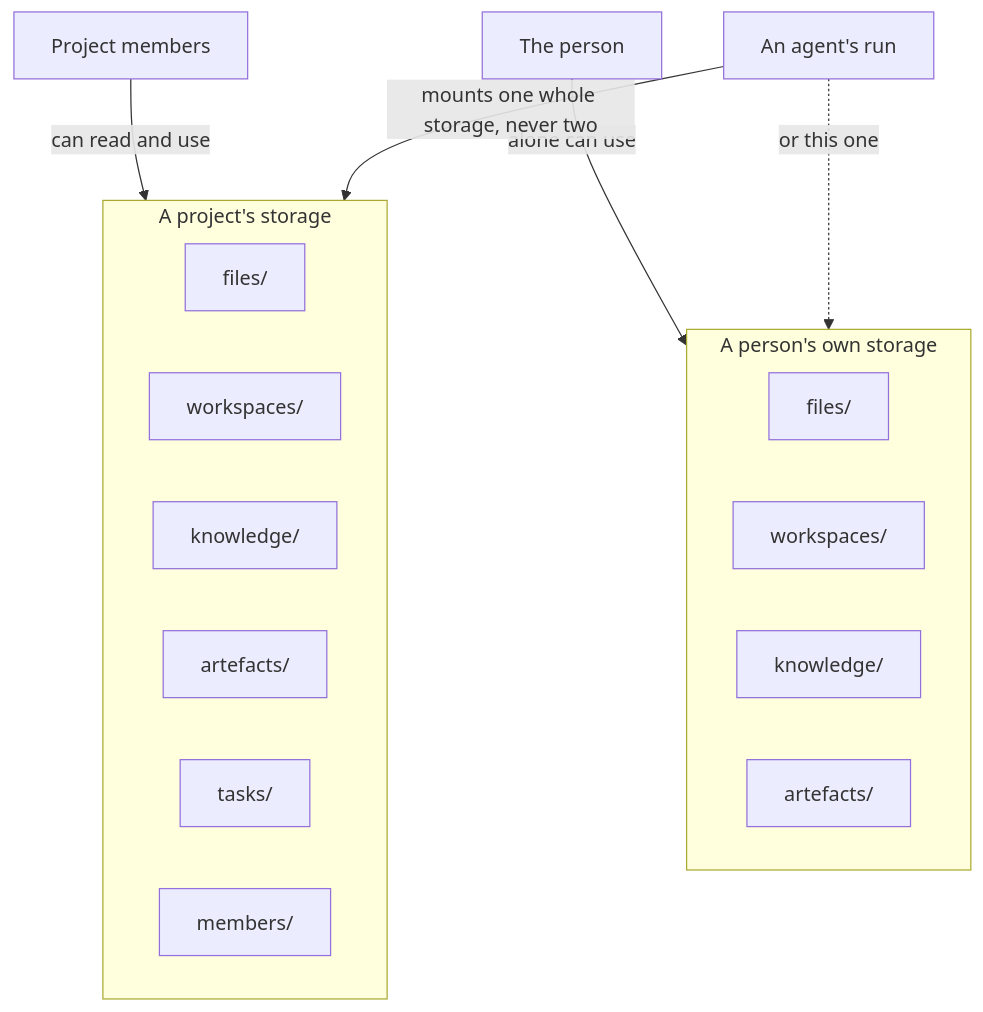
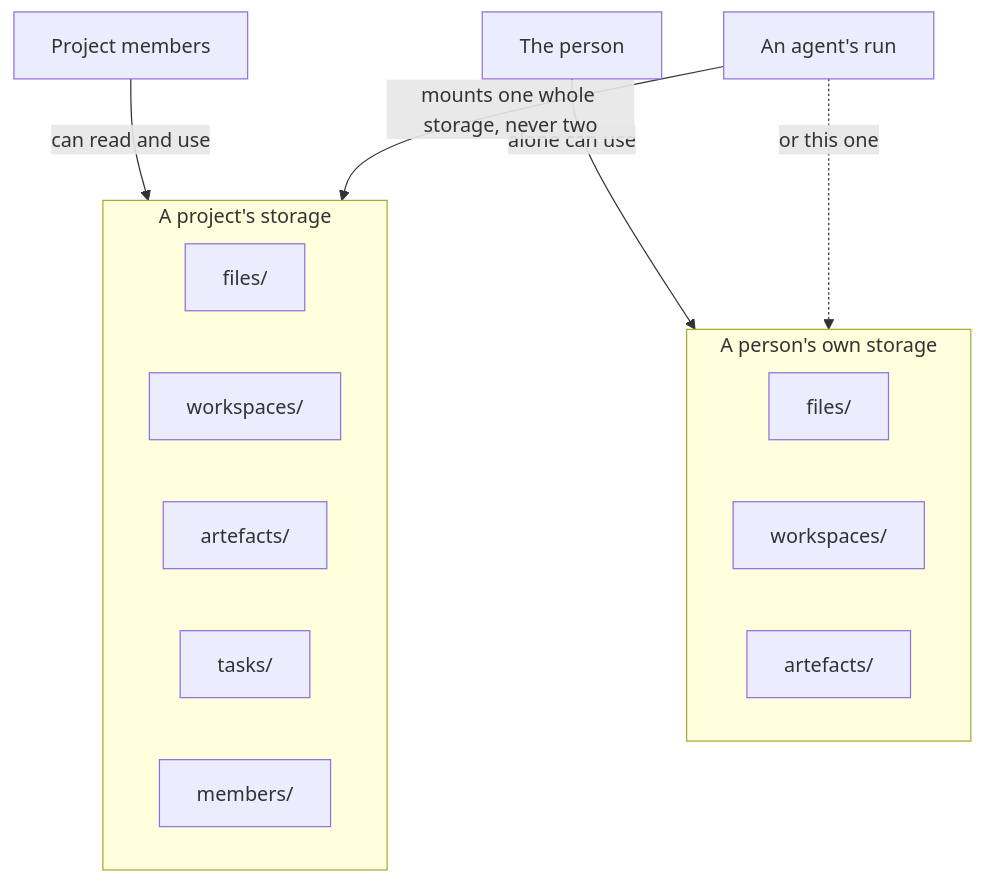
One commit to solution84-com/agenthix changed the diagram in docs/concepts/workspace/workspace.md. Above: the diagram before and after it, drawn with Mermaid. The commit also changed other lines of this file and 33 other files, not shown here.

Commit message:
docs: knowledge in the concepts, the architecture and the user guide, the QA contract's stories and scenarios (SC-1368–SC-1446), and the rule that tests calling a real model run on a low-cost, capable baseline

````diff
--- a/docs/concepts/workspace/workspace.md
+++ b/docs/concepts/workspace/workspace.md
@@ -5,21 +5,19 @@
 ```mermaid
 flowchart TD
     subgraph P ["A project's storage"]
         PF["files/"]
         PW["workspaces/"]
-        PK["knowledge/"]
         PA["artefacts/"]
         PT["tasks/"]
         PM["members/"]
     end
     subgraph U ["A person's own storage"]
         UF["files/"]
         UW["workspaces/"]
-        UK["knowledge/"]
         UA["artefacts/"]
     end
     Members["Project members"] -->|"can read and use"| P
     Person["The person"] -->|"alone can use"| U
     Run["An agent's run"] -->|"mounts one whole storage, never two"| P
     Run -.->|"or this one"| U
 ```
````
